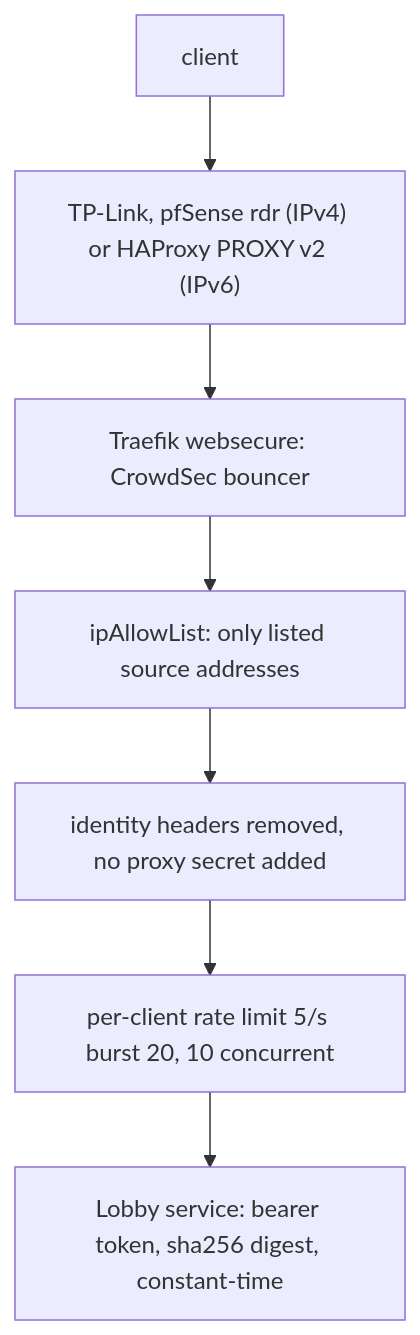
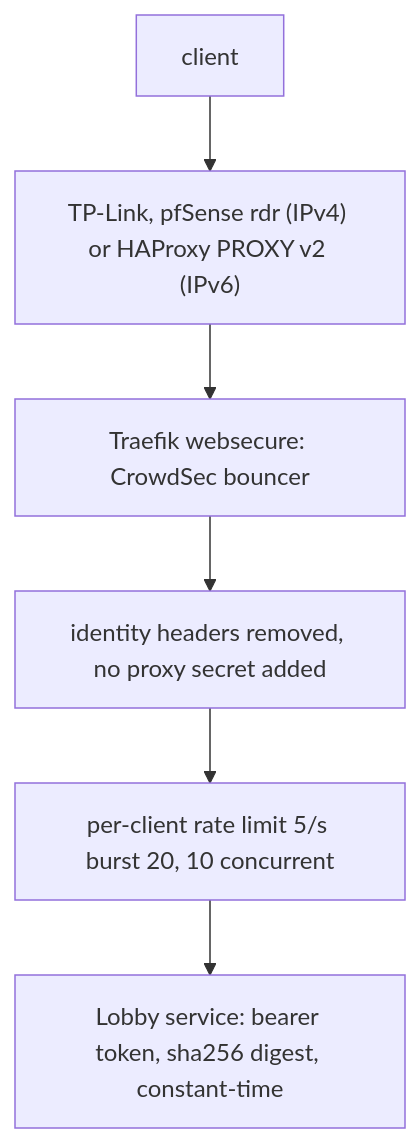
One commit to ViktorBarzin/infra changed the diagram in docs/runbooks/terminal-api.md. Above: the diagram before and after it, drawn with Mermaid. The commit also changed other lines of this file and 7 other files, not shown here.

````diff
--- a/docs/runbooks/terminal-api.md
+++ b/docs/runbooks/terminal-api.md
@@ -18,9 +18,8 @@
 ```mermaid
 flowchart TD
   C["client"] --> E["TP-Link, pfSense rdr (IPv4) or HAProxy PROXY v2 (IPv6)"]
   E --> B["Traefik websecure: CrowdSec bouncer"]
-  B --> A["ipAllowList: only listed source addresses"]
-  A --> H["identity headers removed, no proxy secret added"]
+  B --> H["identity headers removed, no proxy secret added"]
   H --> R["per-client rate limit 5/s burst 20, 10 concurrent"]
   R --> L["Lobby service: bearer token, sha256 digest, constant-time"]
 ```
````
